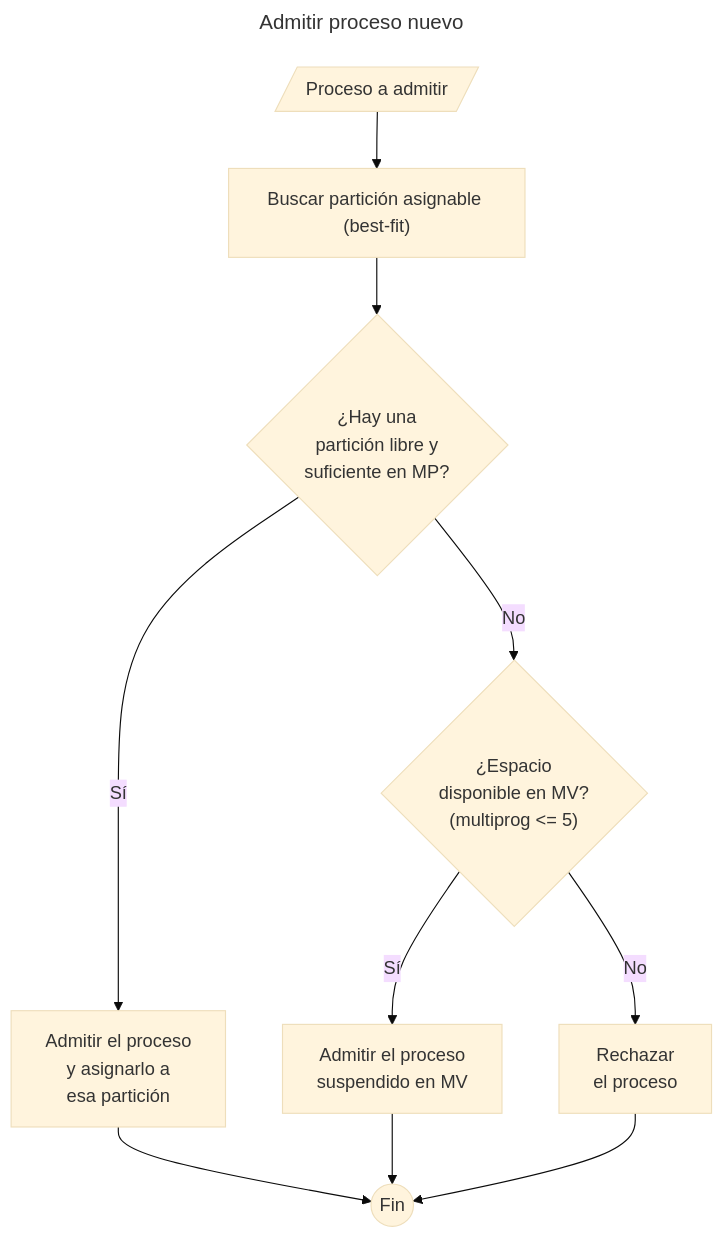
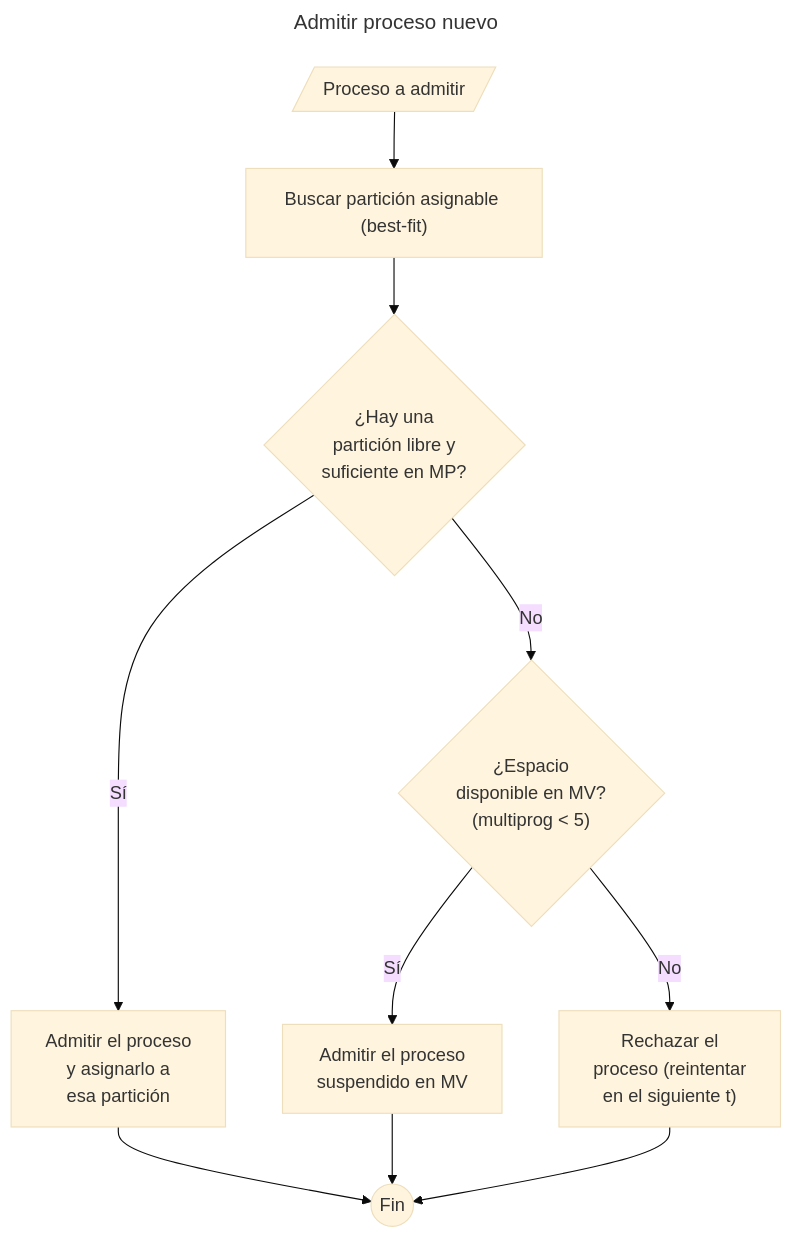
The diagram in docs/admitir-proceso-nuevo.mmd (agustinbravop/utn-sims), drawn with Mermaid (base theme) before and after one commit. The commit also changed 5 other files, not shown here.

```diff
--- a/docs/admitir-proceso-nuevo.mmd
+++ b/docs/admitir-proceso-nuevo.mmd
@@ -1,12 +1,12 @@
 ---
 title: Admitir proceso nuevo
 ---
 flowchart TD
     H[/Proceso a admitir/]
     H --> H2["Buscar partición asignable (best-fit)"]
     H2 --> I{"¿Hay una \n partición libre y \n suficiente en MP?"}
     I -- Sí -->Q[Admitir el proceso\n y asignarlo a \n esa partición] --> Fin
-    I -- No --> S{"¿Espacio \ndisponible en MV?\n (multiprog <= 5)"}
+    I -- No --> S{"¿Espacio \ndisponible en MV?\n (multiprog < 5)"}
     S -- Sí -->R[Admitir el proceso \n suspendido en MV] --> Fin
-    S -- No --> N[Rechazar \nel proceso] --> Fin
+    S -- No --> N["Rechazar el \n proceso (reintentar\n en el siguiente t)"] --> Fin
     Fin((Fin))
```
